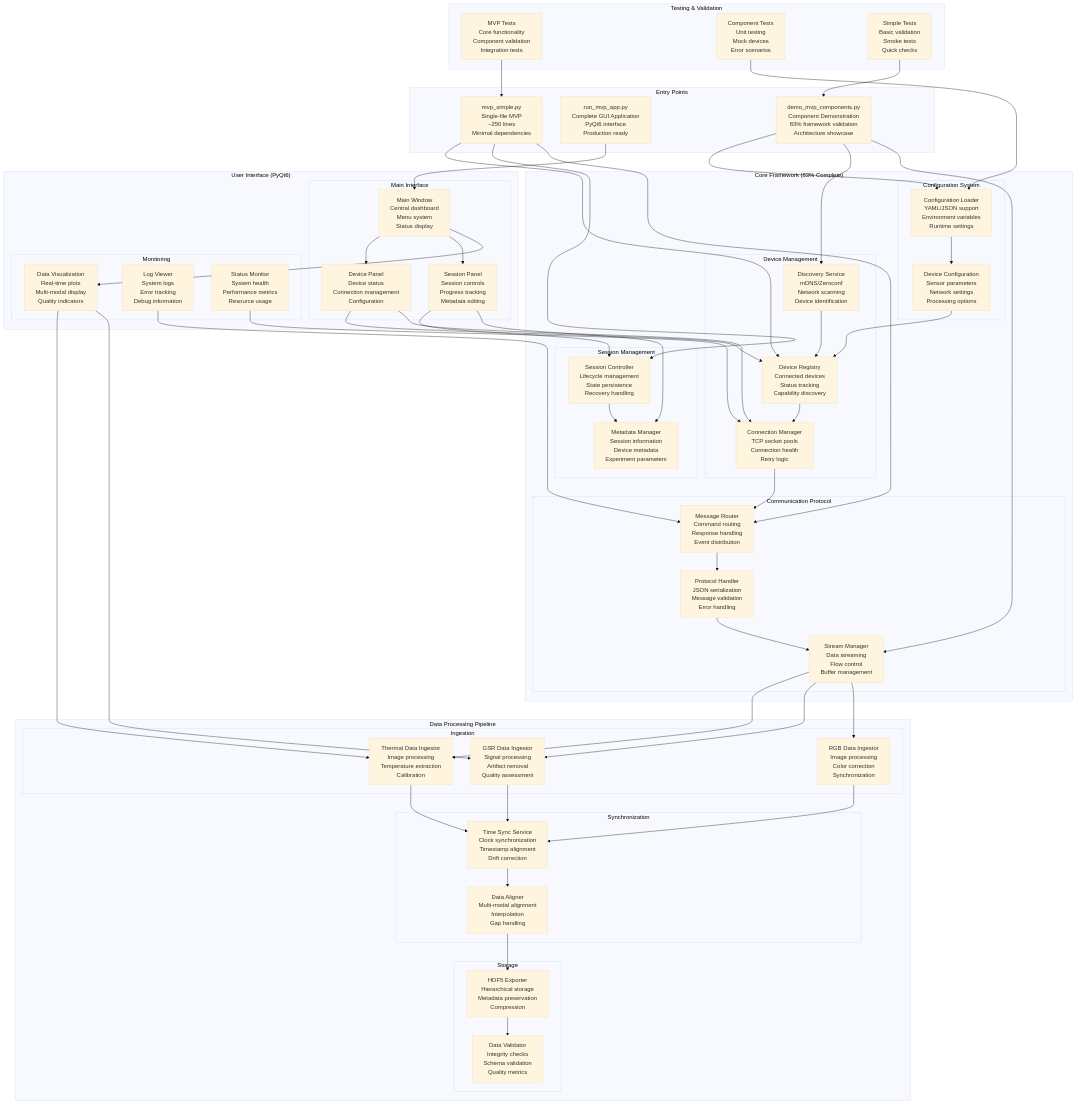
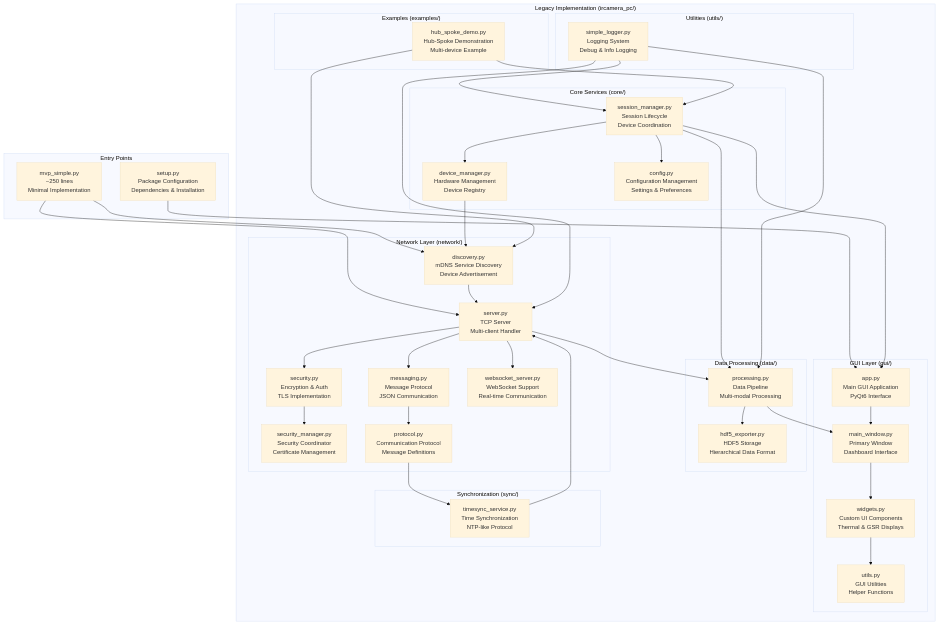
The fourth of 12 diagrams in docs/COMPREHENSIVE_ARCHITECTURE_DIAGRAMS.md (uclgsr/IRCamera), drawn with Mermaid (base theme) before and after one commit. The commit also changed other lines of this file and 3 other files, not shown here.

Commit message:
Redo comprehensive Mermaid architecture diagrams - 12 detailed technical diagrams from scratch

````diff
--- a/docs/COMPREHENSIVE_ARCHITECTURE_DIAGRAMS.md
+++ b/docs/COMPREHENSIVE_ARCHITECTURE_DIAGRAMS.md
@@ -383,142 +291,92 @@
 ```mermaid
 graph TB
     subgraph "Entry Points"
-        SimpleMVP[mvp_simple.py<br/>Single-file MVP<br/>~250 lines<br/>Minimal dependencies]
-        
-        FullGUI[run_mvp_app.py<br/>Complete GUI Application<br/>PyQt6 interface<br/>Production ready]
-        
-        ComponentDemo[demo_mvp_components.py<br/>Component Demonstration<br/>83% framework validation<br/>Architecture showcase]
+        MVPSimple[mvp_simple.py<br/>~250 lines<br/>Minimal Implementation]
+        SetupPy[setup.py<br/>Package Configuration<br/>Dependencies & Installation]
     end
     
-    subgraph "Core Framework (83% Complete)"
-        subgraph "Configuration System"
-            ConfigLoader[Configuration Loader<br/>YAML/JSON support<br/>Environment variables<br/>Runtime settings]
-            
-            DeviceConfig[Device Configuration<br/>Sensor parameters<br/>Network settings<br/>Processing options]
+    subgraph "Legacy Implementation (ircamera_pc/)"
+        subgraph "Core Services (core/)"
+            SessionMgr[session_manager.py<br/>Session Lifecycle<br/>Device Coordination]
+            DeviceMgr[device_manager.py<br/>Hardware Management<br/>Device Registry]
+            ConfigMgr[config.py<br/>Configuration Management<br/>Settings & Preferences]
         end
         
-        subgraph "Device Management"
-            DeviceRegistry[Device Registry<br/>Connected devices<br/>Status tracking<br/>Capability discovery]
-            
-            DiscoveryService[Discovery Service<br/>mDNS/Zeroconf<br/>Network scanning<br/>Device identification]
-            
-            ConnectionManager[Connection Manager<br/>TCP socket pools<br/>Connection health<br/>Retry logic]
+        subgraph "Network Layer (network/)"
+            Discovery[discovery.py<br/>mDNS Service Discovery<br/>Device Advertisement]
+            Server[server.py<br/>TCP Server<br/>Multi-client Handler]
+            Messaging[messaging.py<br/>Message Protocol<br/>JSON Communication]
+            Security[security.py<br/>Encryption & Auth<br/>TLS Implementation]
+            SecurityMgr[security_manager.py<br/>Security Coordinator<br/>Certificate Management]
+            Protocol[protocol.py<br/>Communication Protocol<br/>Message Definitions]
+            WebSocketSvr[websocket_server.py<br/>WebSocket Support<br/>Real-time Communication]
         end
         
-        subgraph "Session Management"
-            SessionController[Session Controller<br/>Lifecycle management<br/>State persistence<br/>Recovery handling]
-            
-            MetadataManager[Metadata Manager<br/>Session information<br/>Device metadata<br/>Experiment parameters]
+        subgraph "Data Processing (data/)"
+            Processing[processing.py<br/>Data Pipeline<br/>Multi-modal Processing]
+            HDF5Export[hdf5_exporter.py<br/>HDF5 Storage<br/>Hierarchical Data Format]
         end
         
-        subgraph "Communication Protocol"
-            MessageRouter[Message Router<br/>Command routing<br/>Response handling<br/>Event distribution]
-            
-            ProtocolHandler[Protocol Handler<br/>JSON serialization<br/>Message validation<br/>Error handling]
-            
-            StreamManager[Stream Manager<br/>Data streaming<br/>Flow control<br/>Buffer management]
+        subgraph "GUI Layer (gui/)"
+            GUIApp[app.py<br/>Main GUI Application<br/>PyQt6 Interface]
+            MainWindow[main_window.py<br/>Primary Window<br/>Dashboard Interface]
+            Widgets[widgets.py<br/>Custom UI Components<br/>Thermal & GSR Displays]
+            Utils[utils.py<br/>GUI Utilities<br/>Helper Functions]
+        end
+        
+        subgraph "Synchronization (sync/)"
+            TimeSyncSvc[timesync_service.py<br/>Time Synchronization<br/>NTP-like Protocol]
+        end
+        
+        subgraph "Utilities (utils/)"
+            SimpleLogger[simple_logger.py<br/>Logging System<br/>Debug & Info Logging]
+        end
+        
+        subgraph "Examples (examples/)"
+            HubSpokeDemo[hub_spoke_demo.py<br/>Hub-Spoke Demonstration<br/>Multi-device Example]
         end
     end
     
-    subgraph "Data Processing Pipeline"
-        subgraph "Ingestion"
-            ThermalIngestor[Thermal Data Ingestor<br/>Image processing<br/>Temperature extraction<br/>Calibration]
-            
-            GSRIngestor[GSR Data Ingestor<br/>Signal processing<br/>Artifact removal<br/>Quality assessment]
-            
-            RGBIngestor[RGB Data Ingestor<br/>Image processing<br/>Color correction<br/>Synchronization]
-        end
-        
-        subgraph "Synchronization"
-            TimeSyncService[Time Sync Service<br/>Clock synchronization<br/>Timestamp alignment<br/>Drift correction]
-            
-            DataAligner[Data Aligner<br/>Multi-modal alignment<br/>Interpolation<br/>Gap handling]
-        end
-        
-        subgraph "Storage"
-            HDF5Exporter[HDF5 Exporter<br/>Hierarchical storage<br/>Metadata preservation<br/>Compression]
-            
-            DataValidator[Data Validator<br/>Integrity checks<br/>Schema validation<br/>Quality metrics]
-        end
-    end
+    %% Entry point connections
+    MVPSimple --> Discovery
+    MVPSimple --> Server
+    SetupPy --> GUIApp
     
-    subgraph "User Interface (PyQt6)"
-        subgraph "Main Interface"
-            MainWindow[Main Window<br/>Central dashboard<br/>Menu system<br/>Status display]
-            
-            DevicePanel[Device Panel<br/>Device status<br/>Connection management<br/>Configuration]
-            
-            SessionPanel[Session Panel<br/>Session controls<br/>Progress tracking<br/>Metadata editing]
-        end
-        
-        subgraph "Monitoring"
-            DataVisualization[Data Visualization<br/>Real-time plots<br/>Multi-modal display<br/>Quality indicators]
-            
-            LogViewer[Log Viewer<br/>System logs<br/>Error tracking<br/>Debug information]
-            
-            StatusMonitor[Status Monitor<br/>System health<br/>Performance metrics<br/>Resource usage]
-        end
-    end
+    %% Core service connections
+    SessionMgr --> DeviceMgr
+    SessionMgr --> ConfigMgr
+    DeviceMgr --> Discovery
     
-    subgraph "Testing & Validation"
-        MVPTests[MVP Tests<br/>Core functionality<br/>Component validation<br/>Integration tests]
-        
-        ComponentTests[Component Tests<br/>Unit testing<br/>Mock devices<br/>Error scenarios]
-        
-        SimpleTests[Simple Tests<br/>Basic validation<br/>Smoke tests<br/>Quick checks]
-    end
-    
-    %% Entry point connections
-    SimpleMVP --> DeviceRegistry
-    SimpleMVP --> SessionController
-    SimpleMVP --> MessageRouter
-    
-    FullGUI --> MainWindow
-    MainWindow --> DevicePanel
-    MainWindow --> SessionPanel
-    MainWindow --> DataVisualization
-    
-    ComponentDemo --> ConfigLoader
-    ComponentDemo --> DiscoveryService
-    ComponentDemo --> StreamManager
-    
-    %% Core framework connections
-    ConfigLoader --> DeviceConfig
-    DeviceConfig --> DeviceRegistry
-    
-    DiscoveryService --> DeviceRegistry
-    DeviceRegistry --> ConnectionManager
-    
-    SessionController --> MetadataManager
-    ConnectionManager --> MessageRouter
-    MessageRouter --> ProtocolHandler
-    ProtocolHandler --> StreamManager
+    %% Network layer connections
+    Discovery --> Server
+    Server --> Messaging
+    Server --> Security
+    Messaging --> Protocol
+    Security --> SecurityMgr
+    Server --> WebSocketSvr
     
     %% Data processing connections
-    StreamManager --> ThermalIngestor
-    StreamManager --> GSRIngestor
-    StreamManager --> RGBIngestor
+    Server --> Processing
+    Processing --> HDF5Export
+    SessionMgr --> Processing
     
-    ThermalIngestor --> TimeSyncService
-    GSRIngestor --> TimeSyncService
-    RGBIngestor --> TimeSyncService
+    %% GUI connections
+    GUIApp --> MainWindow
+    MainWindow --> Widgets
+    Widgets --> Utils
+    SessionMgr --> GUIApp
+    Processing --> MainWindow
     
-    TimeSyncService --> DataAligner
-    DataAligner --> HDF5Exporter
-    HDF5Exporter --> DataValidator
+    %% Synchronization connections
+    TimeSyncSvc --> Server
+    Protocol --> TimeSyncSvc
     
-    %% UI connections
-    DevicePanel --> DeviceRegistry
-    DevicePanel --> ConnectionManager
-    SessionPanel --> SessionController
-    SessionPanel --> MetadataManager
-    DataVisualization --> ThermalIngestor
-    DataVisualization --> GSRIngestor
-    LogViewer --> MessageRouter
-    StatusMonitor --> ConnectionManager
+    %% Utility connections
+    SimpleLogger --> SessionMgr
+    SimpleLogger --> Server
+    SimpleLogger --> Processing
     
-    %% Testing connections
-    MVPTests --> SimpleMVP
-    ComponentTests --> ConfigLoader
-    SimpleTests --> ComponentDemo
+    %% Example connections
+    HubSpokeDemo --> Discovery
+    HubSpokeDemo --> SessionMgr
 ```
````
